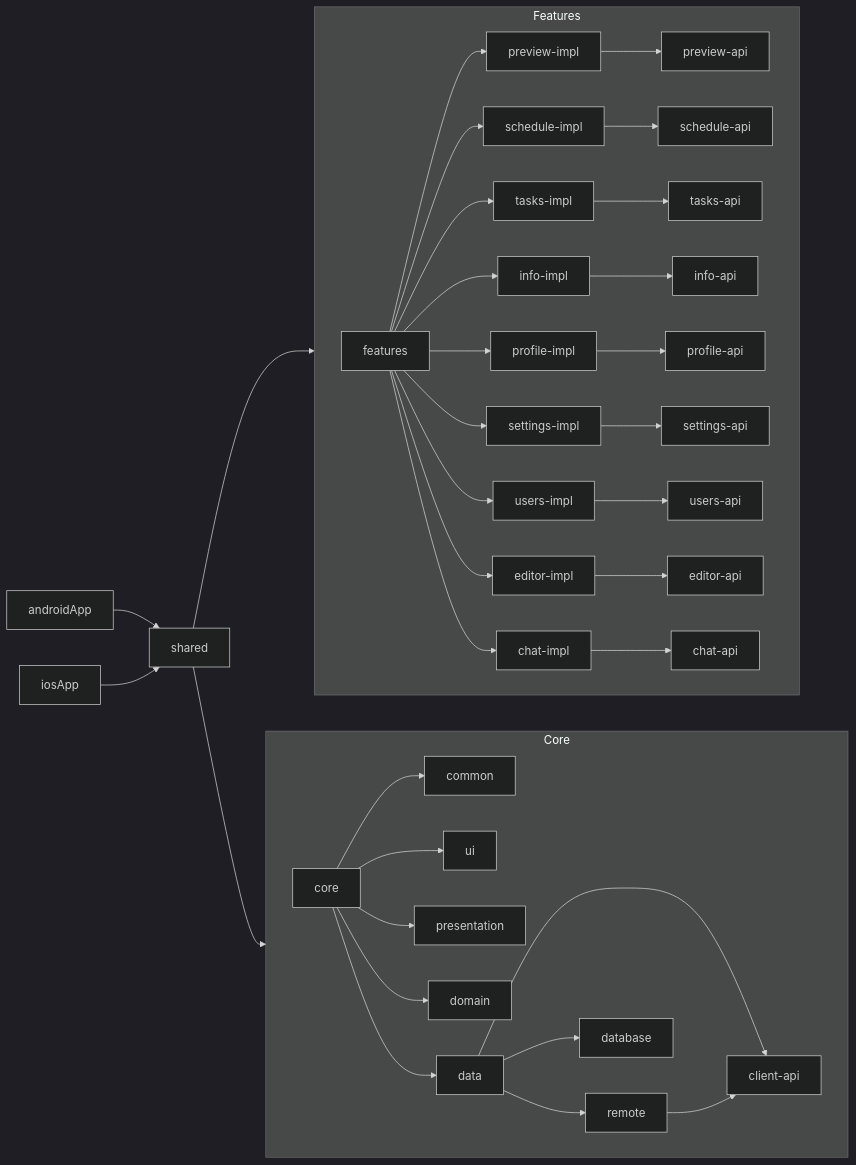
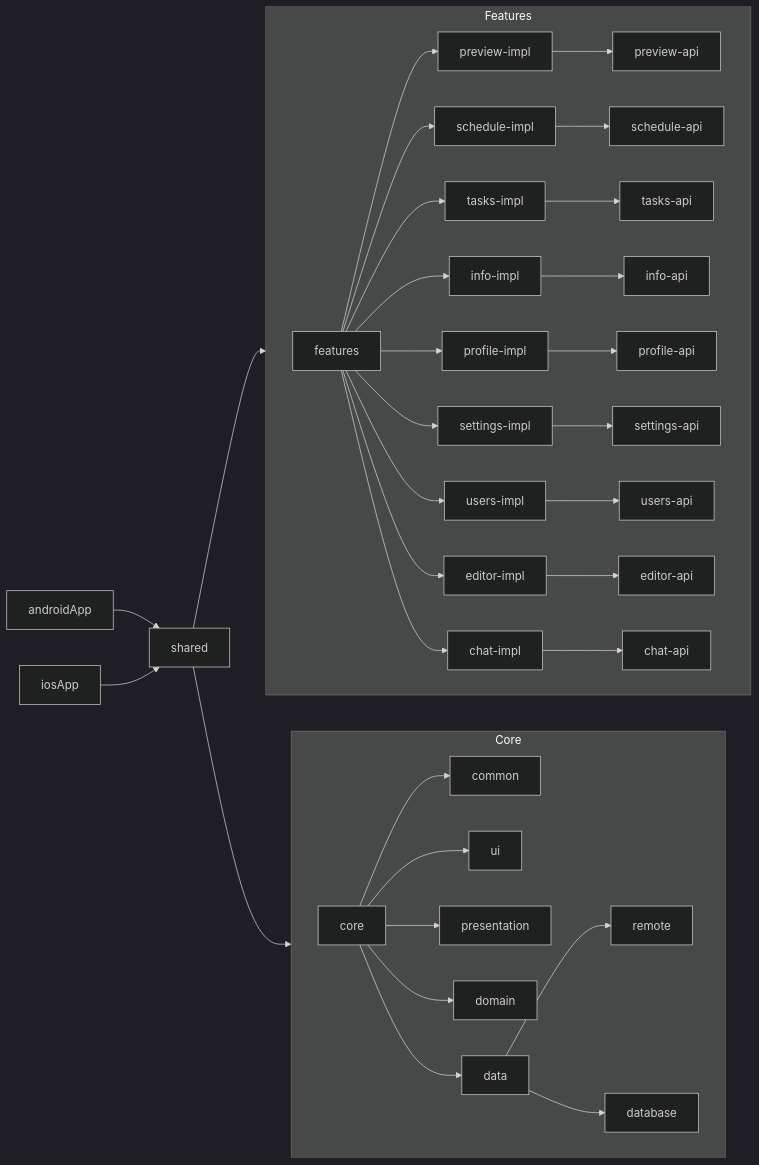
One commit to v1tzor/StudyAssistant changed the diagram in README.md. Above: the diagram before and after it, drawn with Mermaid (dark theme). The commit also changed other lines of this file and 603 other files, not shown here.

````diff
--- a/README.md
+++ b/README.md
@@ -171,29 +177,28 @@
 ```mermaid
 graph LR;
     androidApp --> shared
     iosApp --> shared
 
     shared --> core
 
     subgraph one [Core]
     direction LR;
     core --> common & ui & presentation & domain & data
-    data --> remote & database & client-api
-    remote --> client-api
+    data --> remote & database
     end
 
     shared --> features
 
     subgraph two [Features]
     direction LR;
     features --> preview-impl --> preview-api
     features --> schedule-impl --> schedule-api
     features --> tasks-impl --> tasks-api
     features --> info-impl --> info-api
     features --> profile-impl --> profile-api
     features --> settings-impl --> settings-api
     features --> users-impl --> users-api
     features --> editor-impl --> editor-api
     features --> chat-impl --> chat-api
     end
 ```
````
